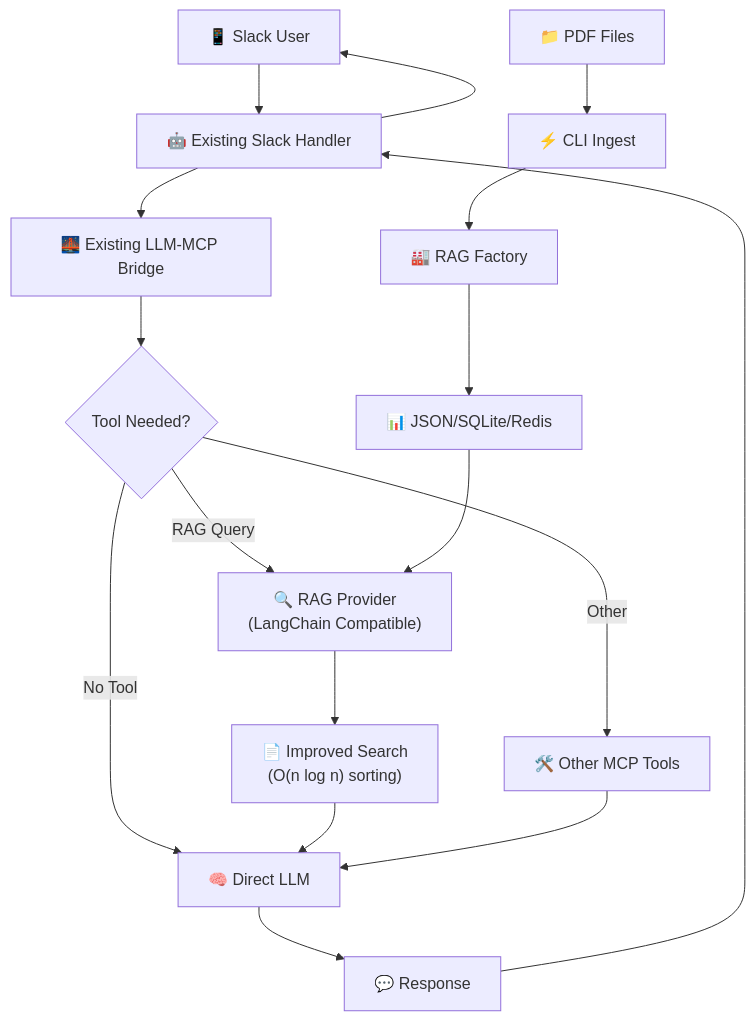
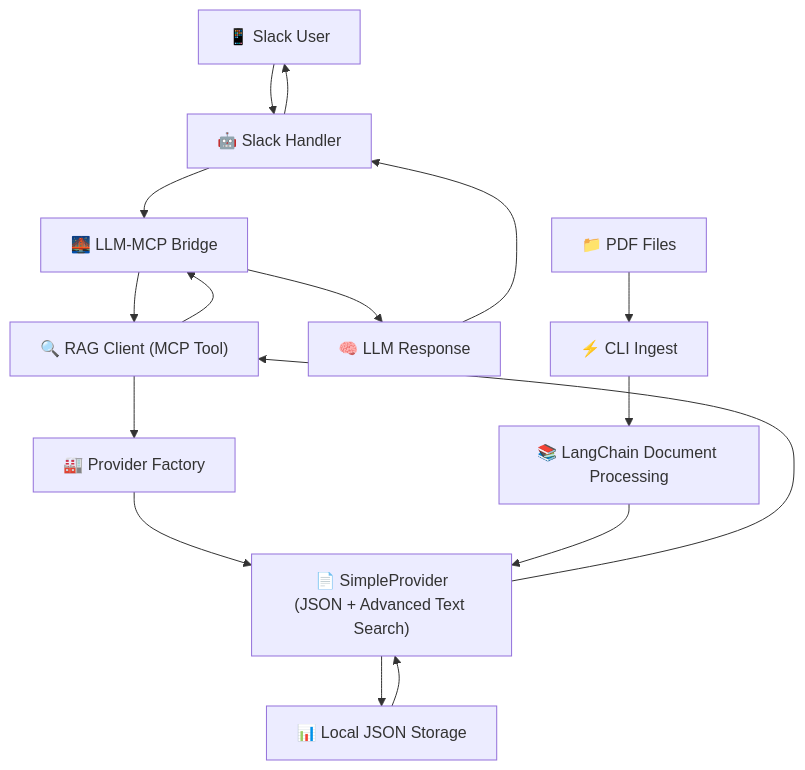
Before and after one commit to tuannvm/slack-mcp-client: the diagram in docs/rag-json.md, drawn with Mermaid. The commit also changed other lines of this file and 14 other files, not shown here.

````diff
--- a/docs/rag-json.md
+++ b/docs/rag-json.md
@@ -9,20 +9,19 @@
 ```mermaid
 graph TD
-    A["📱 Slack User"] --> B["🤖 Existing Slack Handler"]
-    B --> C["🌉 Existing LLM-MCP Bridge"]
-    C --> D{"Tool Needed?"}
-    D -->|RAG Query| E["🔍 RAG Provider<br/>(LangChain Compatible)"]
-    D -->|Other| F["🛠️ Other MCP Tools"]
-    D -->|No Tool| G["🧠 Direct LLM"]
-    E --> H["📄 Improved Search<br/>(O(n log n) sorting)"]
-    H --> G
-    F --> G
-    G --> I["💬 Response"]
-    I --> B
+    A["📱 Slack User"] --> B["🤖 Slack Handler"]
+    B --> C["🌉 LLM-MCP Bridge"]
+    C --> D["🔍 RAG Client (MCP Tool)"]
+    D --> E["🏭 Provider Factory"]
+    E --> F["📄 SimpleProvider<br/>(JSON + Advanced Text Search)"]
+    F --> G["📊 Local JSON Storage"]
+    G --> F
+    F --> D
+    D --> C
+    C --> H["🧠 LLM Response"]
+    H --> B
     B --> A
     
-    J["📁 PDF Files"] --> K["⚡ CLI Ingest"]
-    K --> L["🏭 RAG Factory"]
-    L --> M["📊 JSON/SQLite/Redis"]
-    M --> E
+    I["📁 PDF Files"] --> J["⚡ CLI Ingest"]
+    J --> K["📚 LangChain Document Processing"]
+    K --> F
 ```
````
